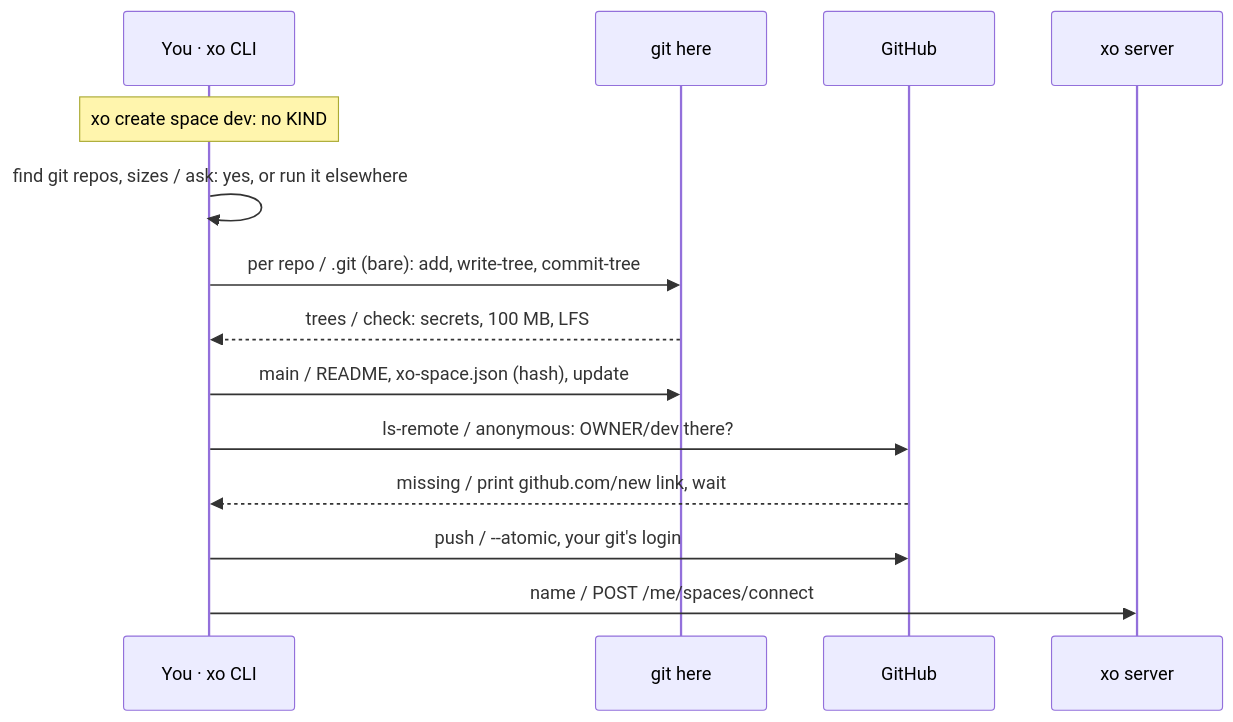
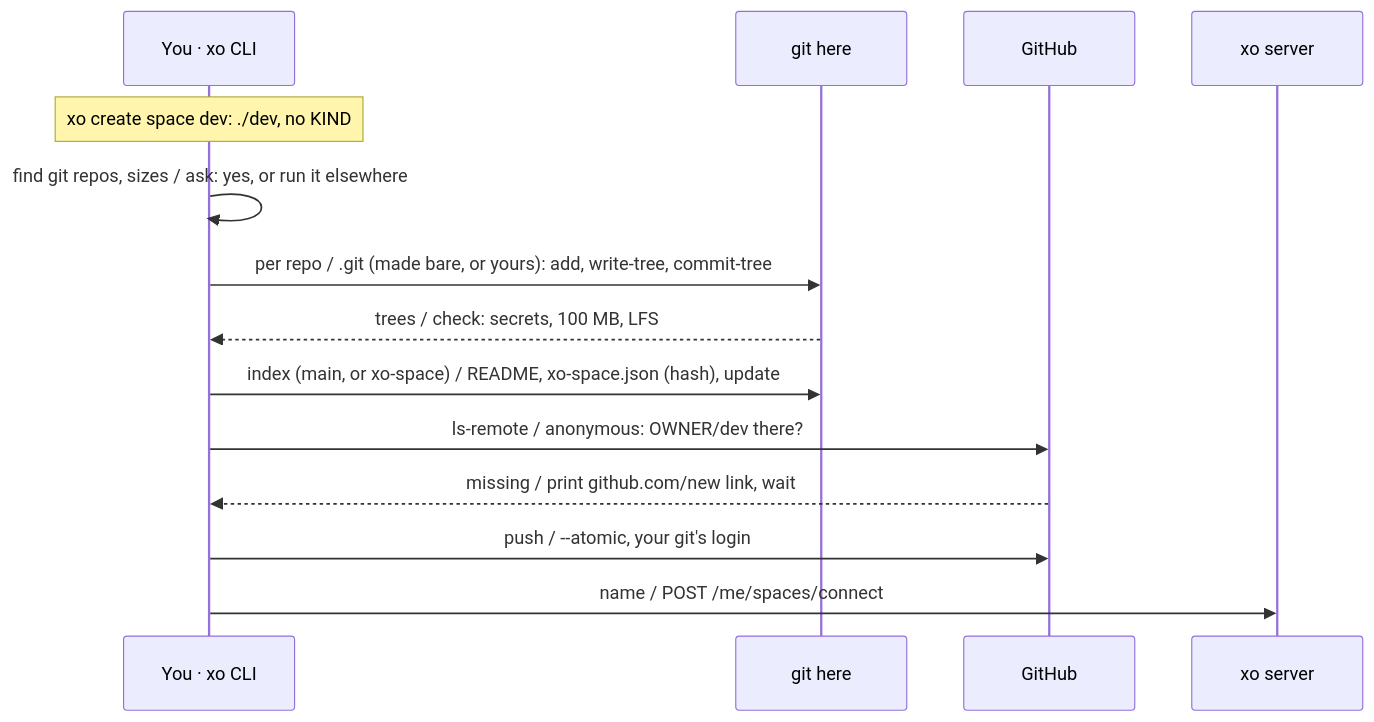
One commit to quirq-ai/xo changed the ninth of 31 diagrams in docs/architecture.md. Above: the diagram before and after it, drawn with Mermaid. The commit also changed other lines of this file and 9 other files, not shown here.

First line of the commit message:
xo create space [NAME]: no name is this folder, NAME is ./NAME, an existing .git is attached to (#71)

````diff
--- a/docs/architecture.md
+++ b/docs/architecture.md
@@ -229,16 +229,16 @@
 ```mermaid
 sequenceDiagram
   participant Cli as You · xo CLI
   participant Git as git here
   participant Gh as GitHub
   participant Srv as xo server
-  Note over Cli: xo create space dev: no KIND
+  Note over Cli: xo create space dev: ./dev, no KIND
   Cli->>Cli: find git repos, sizes / ask: yes, or run it elsewhere
-  Cli->>Git: per repo / .git (bare): add, write-tree, commit-tree
+  Cli->>Git: per repo / .git (made bare, or yours): add, write-tree, commit-tree
   Git-->>Cli: trees / check: secrets, 100 MB, LFS
-  Cli->>Git: main / README, xo-space.json (hash), update
+  Cli->>Git: index (main, or xo-space) / README, xo-space.json (hash), update
   Cli->>Gh: ls-remote / anonymous: OWNER/dev there?
   Gh-->>Cli: missing / print github.com/new link, wait
   Cli->>Gh: push / --atomic, your git's login
   Cli->>Srv: name / POST /me/spaces/connect
 ```
````
